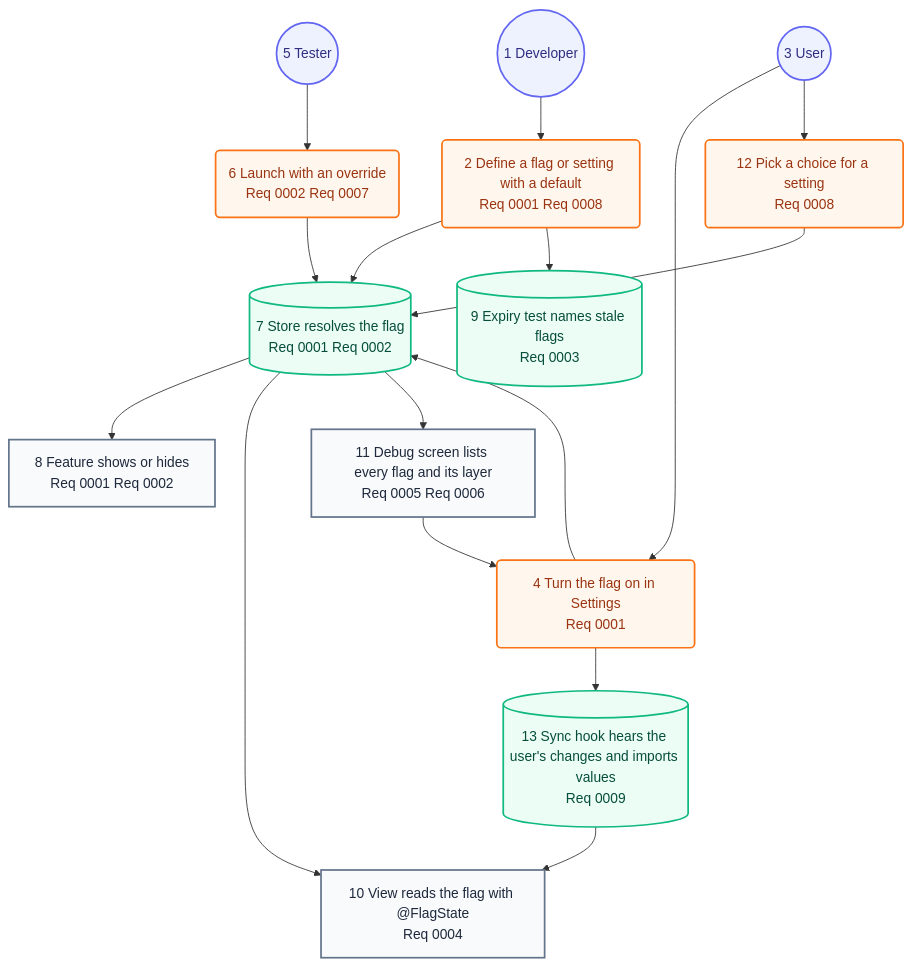
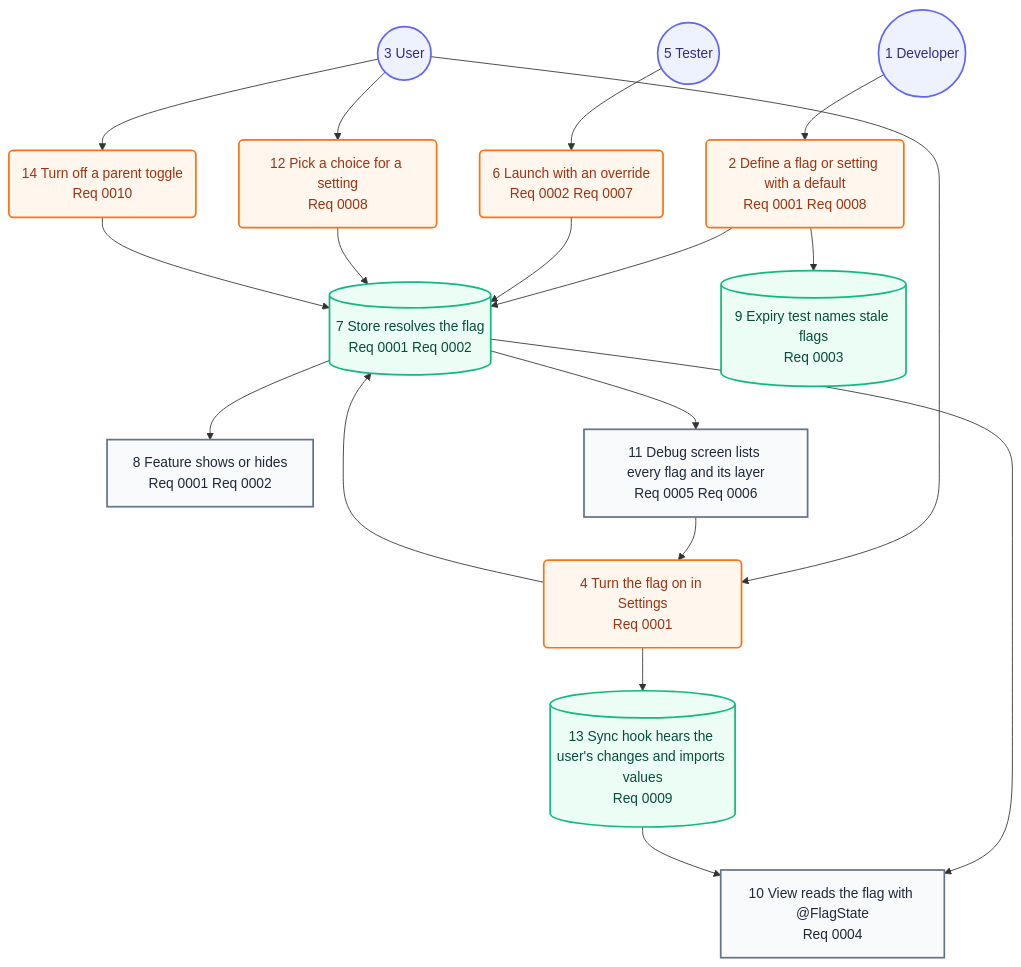
Before and after one commit to may-journal/feature-flag-kit: the second of 2 diagrams in docs/architecture/05-user-journey.md, drawn with Mermaid. The commit also changed other lines of this file and 21 other files, not shown here.

First line of the commit message:
feat(core): group toggles, a parent flag with child flags (#21)

````diff
--- a/docs/architecture/05-user-journey.md
+++ b/docs/architecture/05-user-journey.md
@@ -31,37 +31,40 @@
 ```mermaid
 flowchart TB
     developer((1 Developer)):::persona
     define(2 Define a flag or setting with a default<br/>Req 0001 Req 0008):::action
     user((3 User)):::persona
     toggle(4 Turn the flag on in Settings<br/>Req 0001):::action
     tester((5 Tester)):::persona
     launch(6 Launch with an override<br/>Req 0002 Req 0007):::action
     resolve[(7 Store resolves the flag<br/>Req 0001 Req 0002)]:::system
     feature[8 Feature shows or hides<br/>Req 0001 Req 0002]:::screen
     expiry[(9 Expiry test names stale flags<br/>Req 0003)]:::system
     view[10 View reads the flag with @FlagState<br/>Req 0004]:::screen
     debug[11 Debug screen lists every flag and its layer<br/>Req 0005 Req 0006]:::screen
     choose(12 Pick a choice for a setting<br/>Req 0008):::action
     sync[(13 Sync hook hears the user's changes and imports values<br/>Req 0009)]:::system
+    group(14 Turn off a parent toggle<br/>Req 0010):::action
 
     developer --> define
     user --> toggle
     tester --> launch
     define --> resolve
     toggle --> resolve
     launch --> resolve
     resolve --> feature
     define --> expiry
     resolve --> view
     resolve --> debug
     debug --> toggle
     user --> choose
     choose --> resolve
     toggle --> sync
     sync --> view
+    user --> group
+    group --> resolve
 
     classDef persona fill:#eef2ff,stroke:#6366f1,color:#312e81,stroke-width:2px
     classDef screen fill:#f8fafc,stroke:#64748b,color:#1e293b,stroke-width:2px
     classDef action fill:#fff7ed,stroke:#f97316,color:#9a3412,stroke-width:2px
     classDef system fill:#ecfdf5,stroke:#10b981,color:#064e3b,stroke-width:2px
 ```
````
